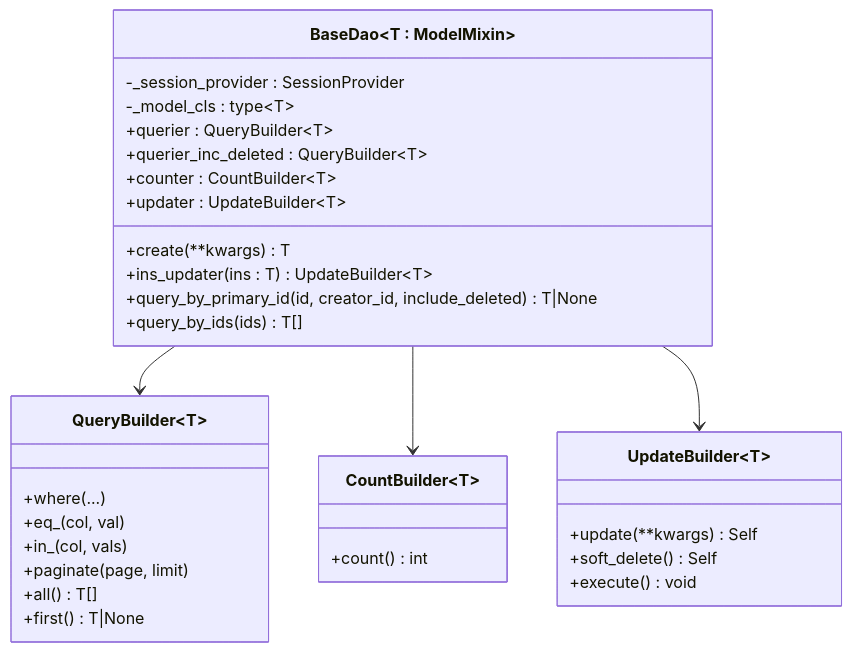
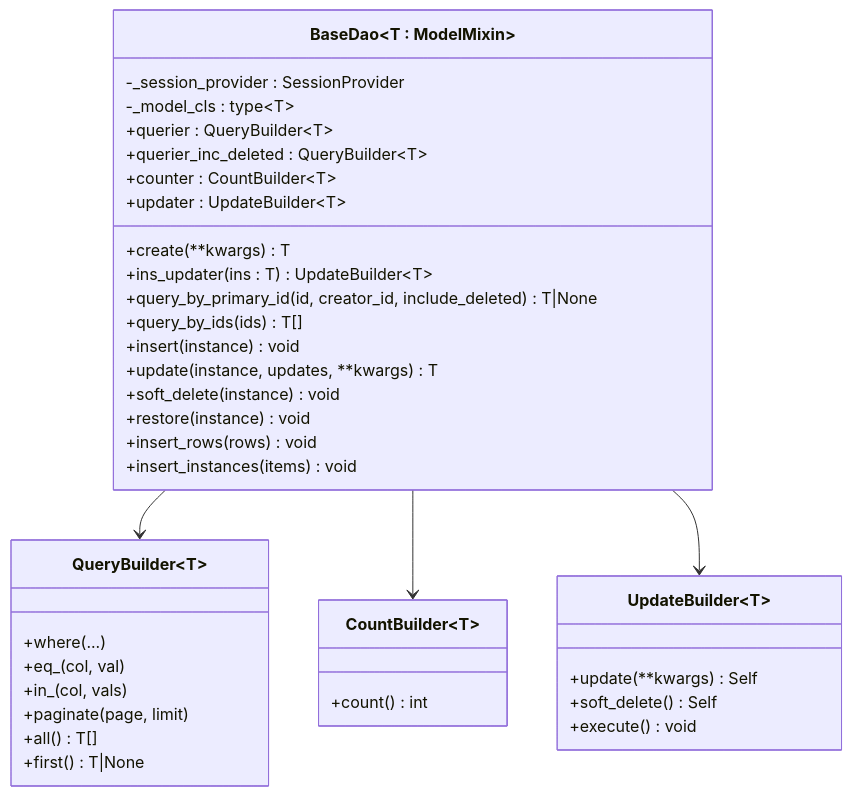
One commit to lilinzezzzzzz/fastapi-backend changed the fifth of 7 diagrams in .qoder/repowiki/zh/content/数据模型/模型继承体系.md. Above: the diagram before and after it, drawn with Mermaid. The commit also changed other lines of this file and 38 other files, not shown here.

````diff
--- a/.qoder/repowiki/zh/content/数据模型/模型继承体系.md
+++ b/.qoder/repowiki/zh/content/数据模型/模型继承体系.md
@@ -234,34 +263,40 @@
 ```mermaid
 classDiagram
 class BaseDao~T : ModelMixin~ {
 -_session_provider : SessionProvider
 -_model_cls : type~T~
 +create(**kwargs) T
 +querier : QueryBuilder~T~
 +querier_inc_deleted : QueryBuilder~T~
 +counter : CountBuilder~T~
 +updater : UpdateBuilder~T~
 +ins_updater(ins : T) UpdateBuilder~T~
 +query_by_primary_id(id, creator_id, include_deleted) T|None
 +query_by_ids(ids) T[]
++insert(instance) void
++update(instance, updates, **kwargs) T
++soft_delete(instance) void
++restore(instance) void
++insert_rows(rows) void
++insert_instances(items) void
 }
 class QueryBuilder~T~ {
 +where(...)
 +eq_(col, val)
 +in_(col, vals)
 +paginate(page, limit)
 +all() T[]
 +first() T|None
 }
 class CountBuilder~T~ {
 +count() int
 }
 class UpdateBuilder~T~ {
 +update(**kwargs) Self
 +soft_delete() Self
 +execute() void
 }
 BaseDao --> QueryBuilder
 BaseDao --> CountBuilder
 BaseDao --> UpdateBuilder
 ```
````
